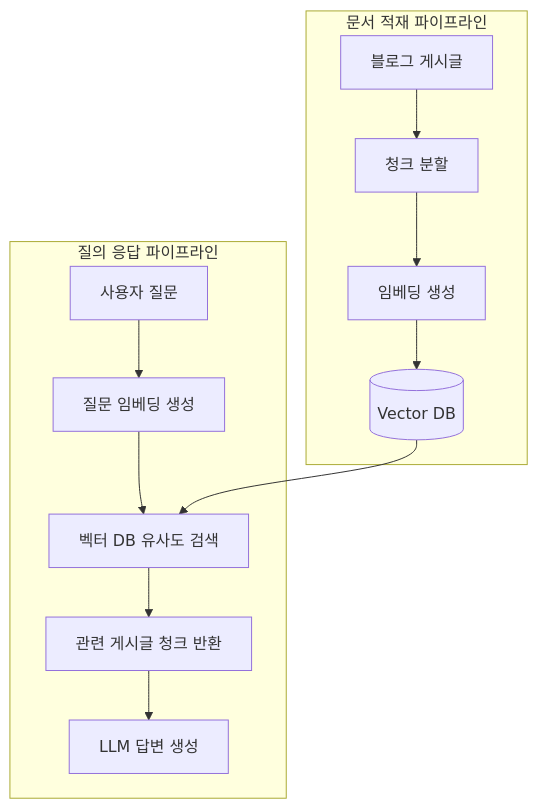
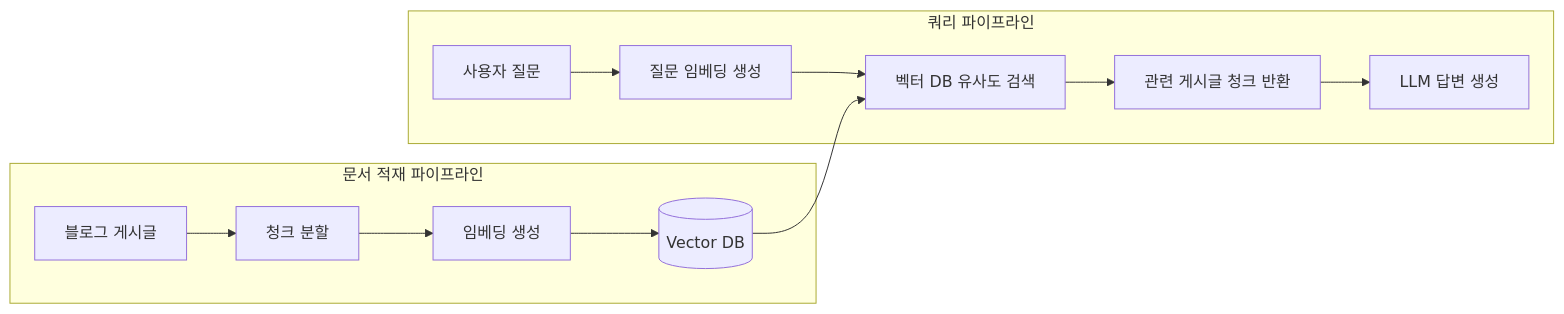
The diagram in src/contents/posts/블로그를-검색하는-벡터-rag-만들기.mdx (bh2980/bh2980_blog), drawn with Mermaid before and after one commit. The commit also changed other lines of this file and 1 other file, not shown here.

````diff
--- a/src/contents/posts/블로그를-검색하는-벡터-rag-만들기.mdx
+++ b/src/contents/posts/블로그를-검색하는-벡터-rag-만들기.mdx
@@ -33,16 +33,16 @@
 ```mermaid
-flowchart TD
+flowchart LR
     subgraph Ingest["문서 적재 파이프라인"]
         A[블로그 게시글] --> B[청크 분할]
         B --> C[임베딩 생성]
         C --> D[(Vector DB)]
     end
 
-    subgraph Query["질의 응답 파이프라인"]
+    subgraph Query["쿼리 파이프라인"]
         E[사용자 질문] --> F[질문 임베딩 생성]
         F --> G[벡터 DB 유사도 검색]
         D --> G
         G --> H[관련 게시글 청크 반환]
         H --> I[LLM 답변 생성]
     end
 ```
````
